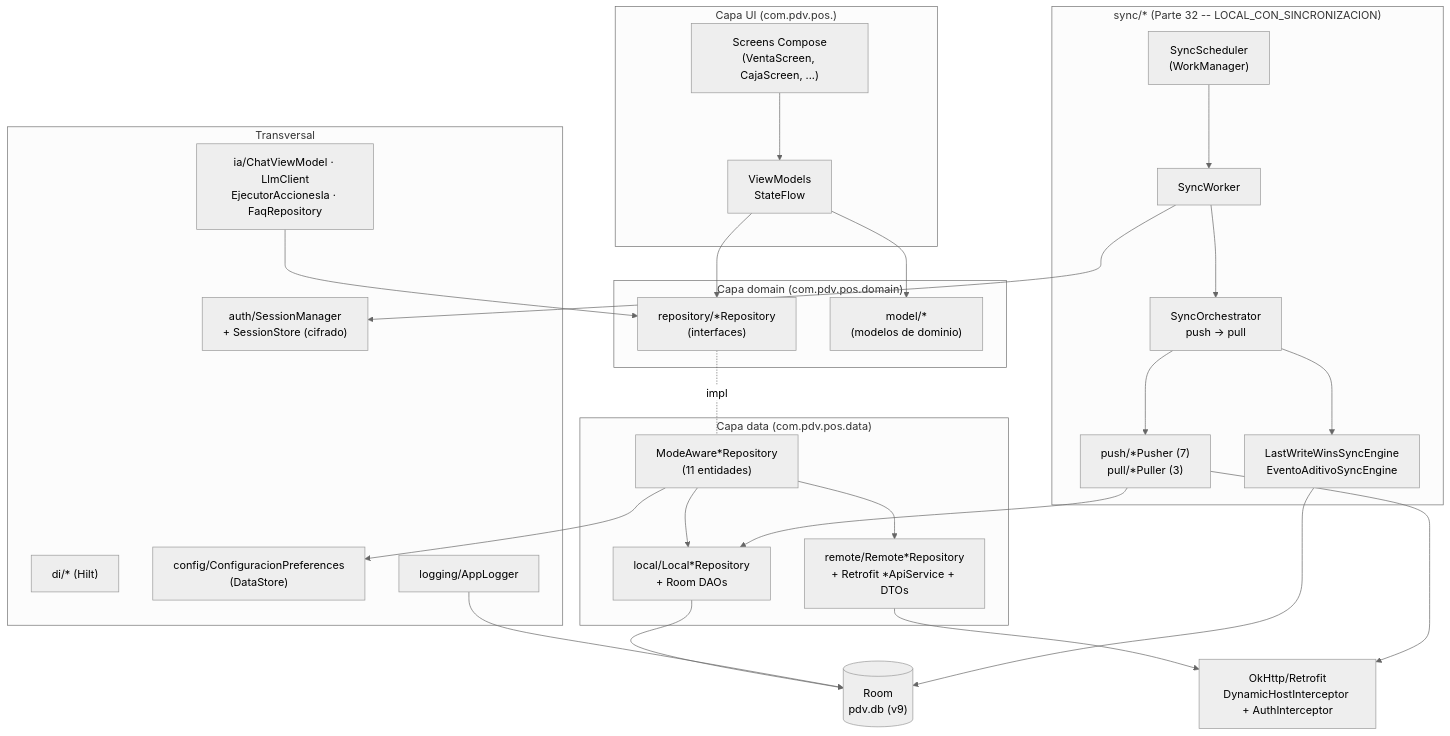
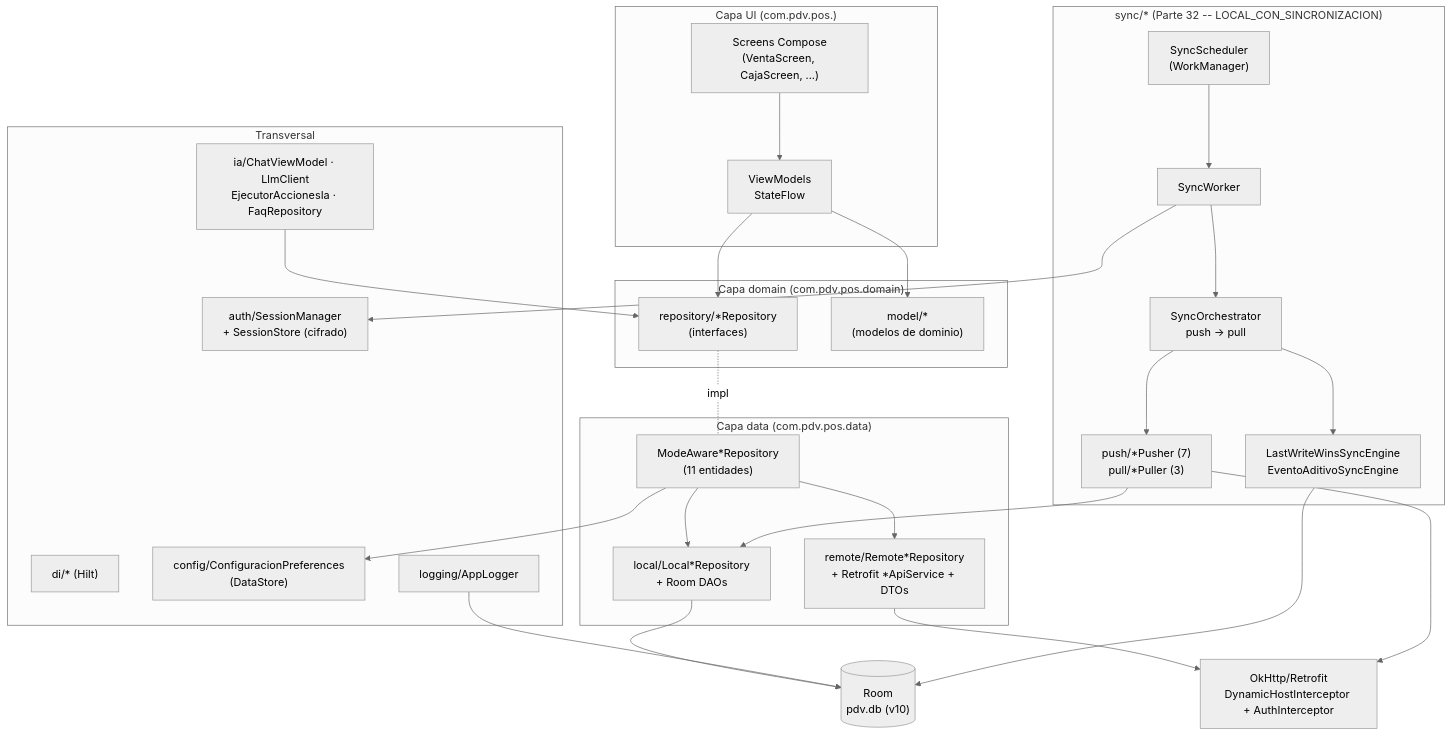
The third of 12 diagrams in docs/manual-tecnico.md (GermanALS/PDV), drawn with Mermaid (neutral theme) before and after one commit. The commit also changed other lines of this file and 3 other files, not shown here.

````diff
--- a/docs/manual-tecnico.md
+++ b/docs/manual-tecnico.md
@@ -162,54 +162,54 @@
 ```mermaid
 flowchart TD
     subgraph UI["Capa UI (com.pdv.pos.<modulo>)"]
         S["Screens Compose\n(VentaScreen, CajaScreen, ...)"]
         VM["ViewModels\nStateFlow<UiState>"]
     end
 
     subgraph DOMAIN["Capa domain (com.pdv.pos.domain)"]
         RIF["repository/*Repository\n(interfaces)"]
         MOD["model/*\n(modelos de dominio)"]
     end
 
     subgraph DATA["Capa data (com.pdv.pos.data)"]
         MA["ModeAware*Repository\n(11 entidades)"]
         LOC["local/Local*Repository\n+ Room DAOs"]
         REM["remote/Remote*Repository\n+ Retrofit *ApiService + DTOs"]
     end
 
     subgraph SYNCG["sync/* (Parte 32 -- LOCAL_CON_SINCRONIZACION)"]
         SCHED["SyncScheduler\n(WorkManager)"]
         WORKER["SyncWorker"]
         ORCH["SyncOrchestrator\npush -> pull"]
         PP["push/*Pusher (7)\npull/*Puller (3)"]
         ENGINE["LastWriteWinsSyncEngine\nEventoAditivoSyncEngine"]
     end
 
     subgraph CROSS["Transversal"]
         DI["di/* (Hilt)"]
         SESS["auth/SessionManager\n+ SessionStore (cifrado)"]
         PREF["config/ConfiguracionPreferences\n(DataStore)"]
         LOG["logging/AppLogger"]
         IA["ia/ChatViewModel · LlmClient\nEjecutorAccionesIa · FaqRepository"]
     end
 
-    ROOM[("Room\npdv.db (v9)")]
+    ROOM[("Room\npdv.db (v10)")]
     HTTP["OkHttp/Retrofit\nDynamicHostInterceptor + AuthInterceptor"]
 
     S --> VM --> RIF
     RIF -.impl.- MA
     MA --> LOC
     MA --> REM
     MA --> PREF
     LOC --> ROOM
     REM --> HTTP
     VM --> MOD
     IA --> RIF
     LOG --> ROOM
 
     SCHED --> WORKER --> ORCH --> PP
     PP --> LOC
     PP --> HTTP
     ORCH --> ENGINE --> ROOM
     WORKER --> SESS
 ```
````
